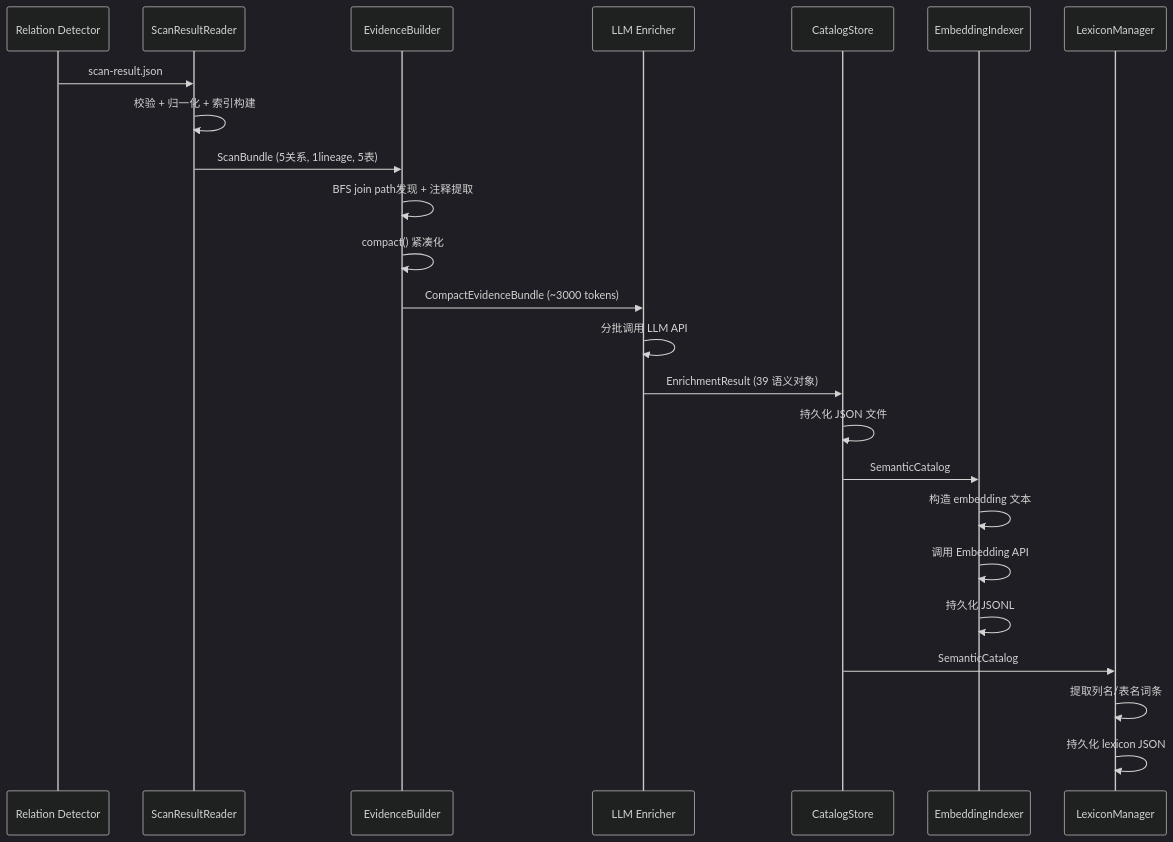
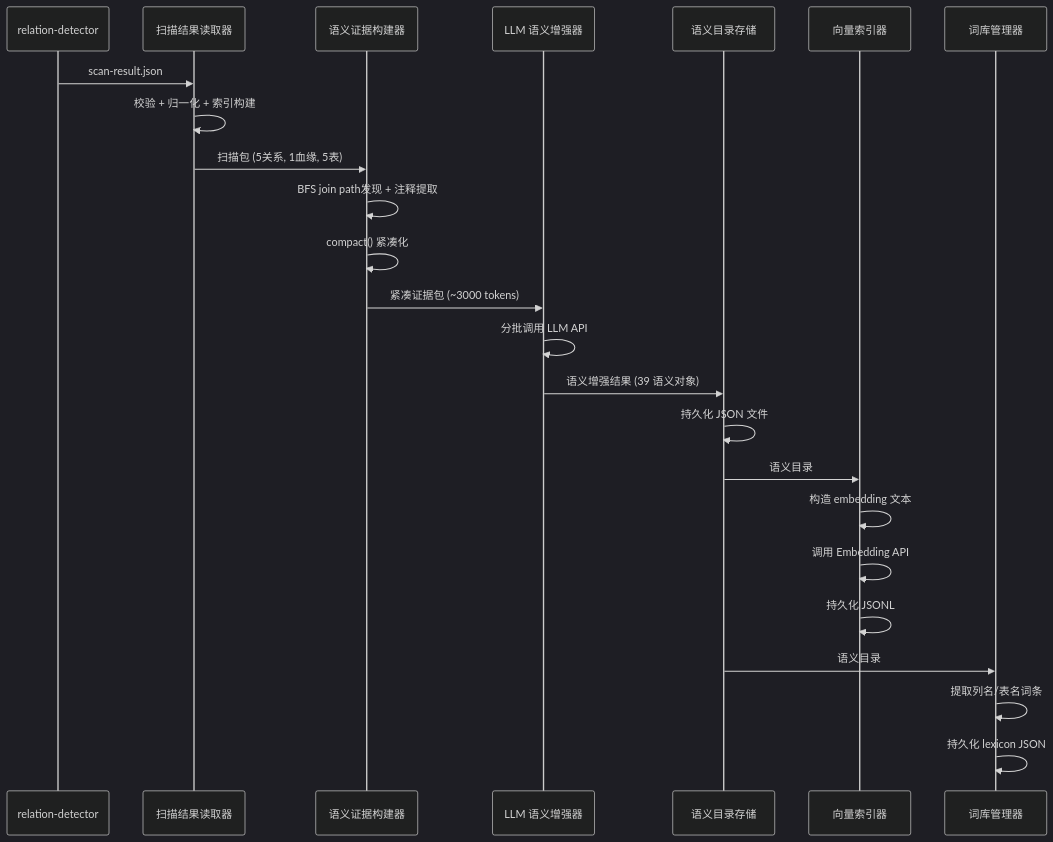
One commit to xiaoguang/relation-detector changed the first of 6 diagrams in docs/design/semantic-layer/end-to-end-examples.md. Above: the diagram before and after it, drawn with Mermaid (dark theme). The commit also changed other lines of this file and 14 other files, not shown here.

````diff
--- a/docs/design/semantic-layer/end-to-end-examples.md
+++ b/docs/design/semantic-layer/end-to-end-examples.md
@@ -222,27 +225,27 @@
 ```mermaid
 sequenceDiagram
-    participant RD as Relation Detector
-    participant SR as ScanResultReader
-    participant EB as EvidenceBuilder
-    participant LLM as LLM Enricher
-    participant CS as CatalogStore
-    participant EI as EmbeddingIndexer
-    participant LM as LexiconManager
+    participant RD as relation-detector
+    participant SR as 扫描结果读取器
+    participant EB as 语义证据构建器
+    participant LLM as LLM 语义增强器
+    participant CS as 语义目录存储
+    participant EI as 向量索引器
+    participant LM as 词库管理器
 
     RD->>SR: scan-result.json
     SR->>SR: 校验 + 归一化 + 索引构建
-    SR->>EB: ScanBundle (5关系, 1lineage, 5表)
+    SR->>EB: 扫描包 (5关系, 1血缘, 5表)
     EB->>EB: BFS join path发现 + 注释提取
     EB->>EB: compact() 紧凑化
-    EB->>LLM: CompactEvidenceBundle (~3000 tokens)
+    EB->>LLM: 紧凑证据包 (~3000 tokens)
     LLM->>LLM: 分批调用 LLM API
-    LLM->>CS: EnrichmentResult (39 语义对象)
+    LLM->>CS: 语义增强结果 (39 语义对象)
     CS->>CS: 持久化 JSON 文件
-    CS->>EI: SemanticCatalog
+    CS->>EI: 语义目录
     EI->>EI: 构造 embedding 文本
     EI->>EI: 调用 Embedding API
     EI->>EI: 持久化 JSONL
-    CS->>LM: SemanticCatalog
+    CS->>LM: 语义目录
     LM->>LM: 提取列名/表名词条
     LM->>LM: 持久化 lexicon JSON
 ```
````
